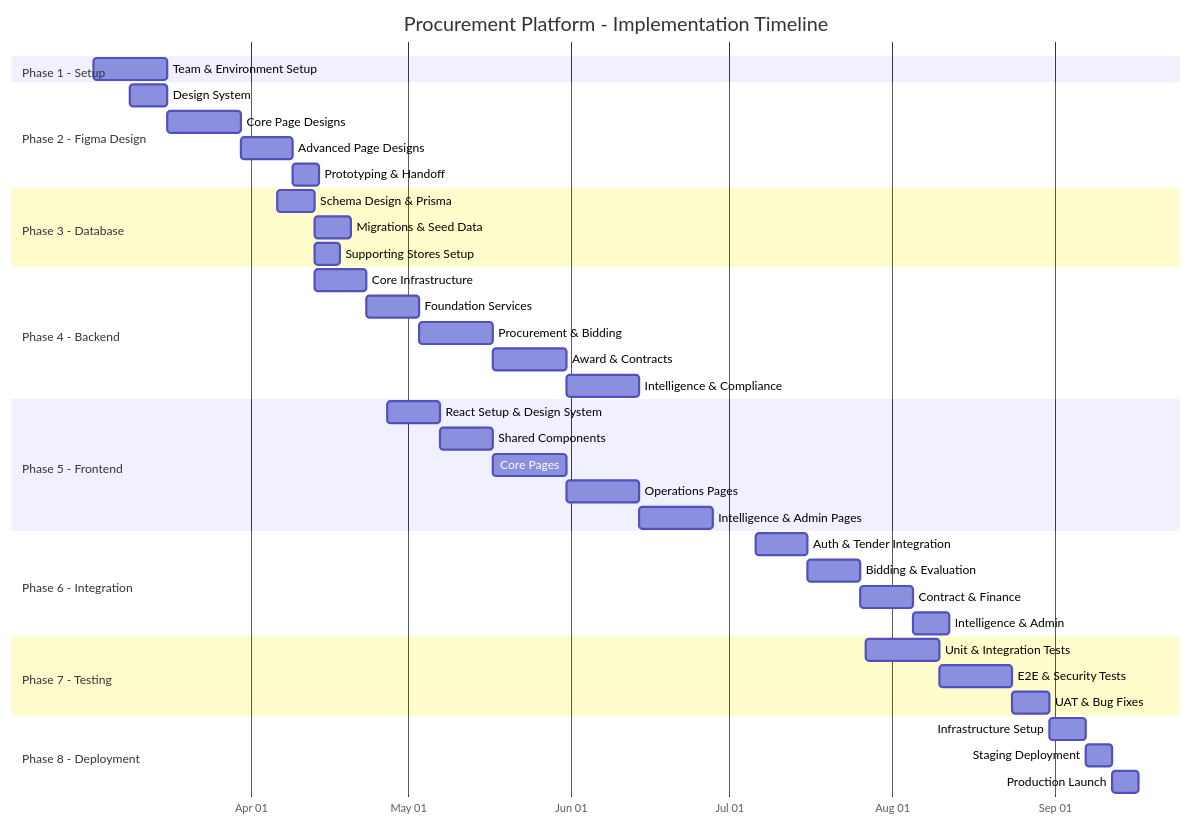
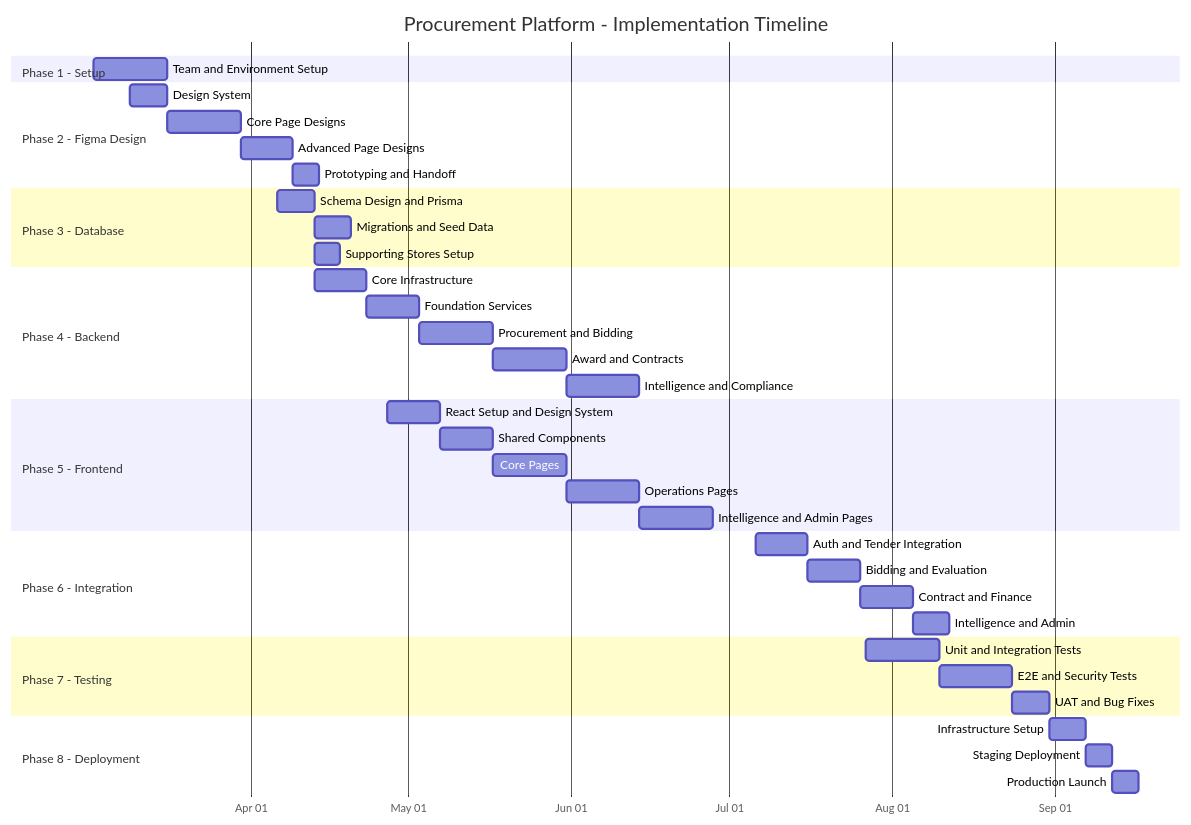
Before and after one commit to Jkatex/ProcureX: the third of 3 diagrams in FACTS/Full System Implementation Process Flow.md, drawn with Mermaid. The commit also changed other lines of this file and 88 other files, not shown here.

````diff
--- a/FACTS/Full System Implementation Process Flow.md
+++ b/FACTS/Full System Implementation Process Flow.md
@@ -1203,50 +1203,50 @@
 ```mermaid
 gantt
     title Procurement Platform - Implementation Timeline
     dateFormat  YYYY-MM-DD
     axisFormat  %b %d
     
     section Phase 1 - Setup
-    Team & Environment Setup       :p1, 2026-03-02, 14d
+    Team and Environment Setup       :p1, 2026-03-02, 14d
     
     section Phase 2 - Figma Design
     Design System                  :p2a, 2026-03-09, 7d
     Core Page Designs              :p2b, after p2a, 14d
     Advanced Page Designs          :p2c, after p2b, 10d
-    Prototyping & Handoff          :p2d, after p2c, 5d
+    Prototyping and Handoff          :p2d, after p2c, 5d
     
     section Phase 3 - Database
-    Schema Design & Prisma         :p3a, 2026-04-06, 7d
-    Migrations & Seed Data         :p3b, after p3a, 7d
+    Schema Design and Prisma         :p3a, 2026-04-06, 7d
+    Migrations and Seed Data         :p3b, after p3a, 7d
     Supporting Stores Setup        :p3c, after p3a, 5d
     
     section Phase 4 - Backend
     Core Infrastructure            :p4a, 2026-04-13, 10d
     Foundation Services            :p4b, after p4a, 10d
-    Procurement & Bidding          :p4c, after p4b, 14d
-    Award & Contracts              :p4d, after p4c, 14d
-    Intelligence & Compliance      :p4e, after p4d, 14d
+    Procurement and Bidding          :p4c, after p4b, 14d
+    Award and Contracts              :p4d, after p4c, 14d
+    Intelligence and Compliance      :p4e, after p4d, 14d
     
     section Phase 5 - Frontend
-    React Setup & Design System    :p5a, 2026-04-27, 10d
+    React Setup and Design System    :p5a, 2026-04-27, 10d
     Shared Components              :p5b, after p5a, 10d
     Core Pages                     :p5c, after p5b, 14d
     Operations Pages               :p5d, after p5c, 14d
-    Intelligence & Admin Pages     :p5e, after p5d, 14d
+    Intelligence and Admin Pages     :p5e, after p5d, 14d
     
     section Phase 6 - Integration
-    Auth & Tender Integration      :p6a, 2026-07-06, 10d
-    Bidding & Evaluation           :p6b, after p6a, 10d
-    Contract & Finance             :p6c, after p6b, 10d
-    Intelligence & Admin           :p6d, after p6c, 7d
+    Auth and Tender Integration      :p6a, 2026-07-06, 10d
+    Bidding and Evaluation           :p6b, after p6a, 10d
+    Contract and Finance             :p6c, after p6b, 10d
+    Intelligence and Admin           :p6d, after p6c, 7d
     
     section Phase 7 - Testing
-    Unit & Integration Tests       :p7a, 2026-07-27, 14d
-    E2E & Security Tests           :p7b, after p7a, 14d
-    UAT & Bug Fixes                :p7c, after p7b, 7d
+    Unit and Integration Tests       :p7a, 2026-07-27, 14d
+    E2E and Security Tests           :p7b, after p7a, 14d
+    UAT and Bug Fixes                :p7c, after p7b, 7d
     
     section Phase 8 - Deployment
     Infrastructure Setup           :p8a, 2026-08-31, 7d
     Staging Deployment             :p8b, after p8a, 5d
     Production Launch              :p8c, after p8b, 5d
 ```
````
